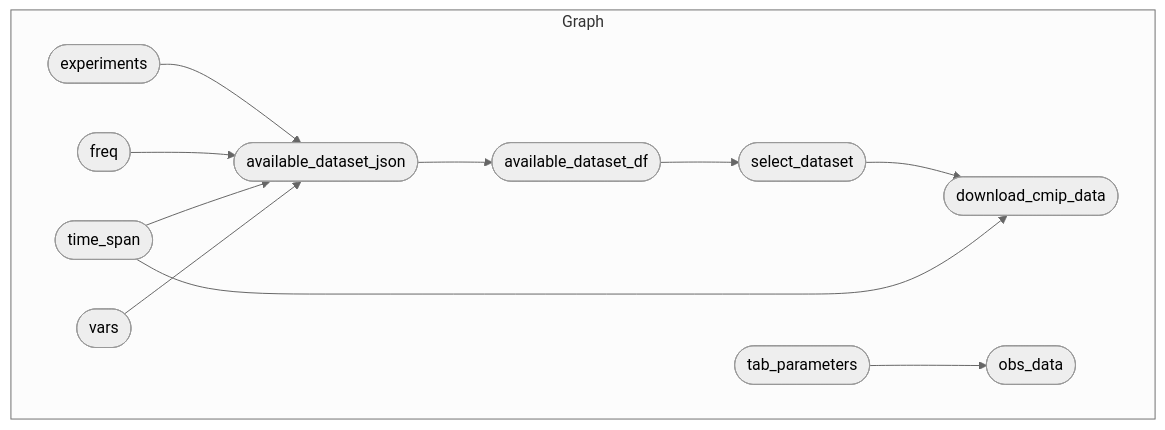
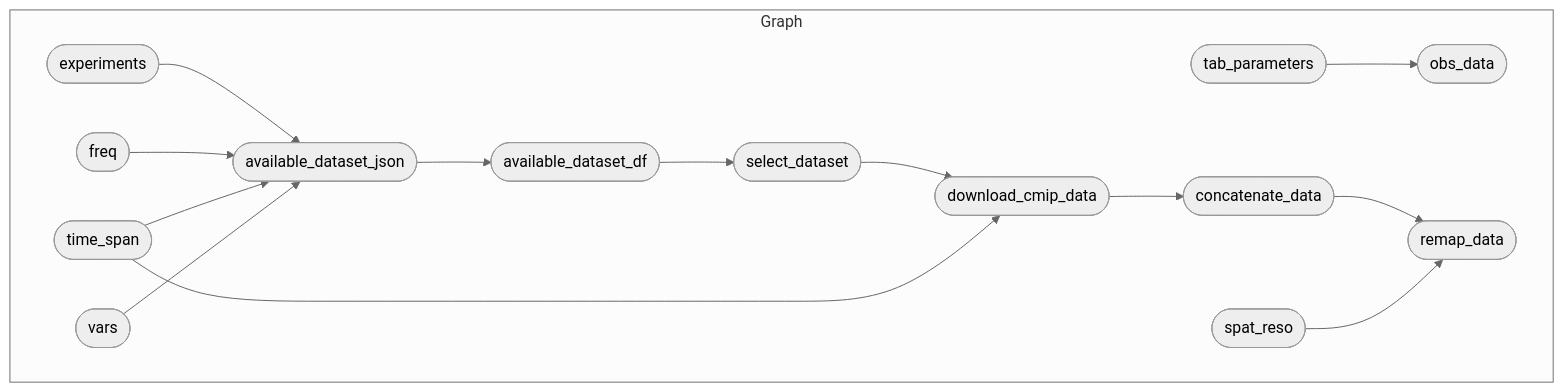
One commit to r-fernandezz/downshape changed the diagram in README.md. Above: the diagram before and after it, drawn with Mermaid (neutral theme). The commit also changed other lines of this file and 11 other files, not shown here.

Commit message:
🚧 PROGRESS: add remap_cmip_data() function

````diff
--- a/README.md
+++ b/README.md
@@ -27,15 +28,18 @@
 ``` mermaid
 graph LR
   subgraph Graph
     direction LR
     x3f5ab24ee8d242b4(["select_dataset"]):::outdated --> xba5d8678b6176d68(["download_cmip_data"]):::outdated
     x2c0118dd07b06ac8(["time_span"]):::outdated --> xba5d8678b6176d68(["download_cmip_data"]):::outdated
     x6fcf9b0e7fc429ff(["available_dataset_json"]):::outdated --> xe895740a9b7896f7(["available_dataset_df"]):::outdated
     xac02e5e58926353b(["experiments"]):::outdated --> x6fcf9b0e7fc429ff(["available_dataset_json"]):::outdated
     x906e78a8df9f52cb(["freq"]):::outdated --> x6fcf9b0e7fc429ff(["available_dataset_json"]):::outdated
     x2c0118dd07b06ac8(["time_span"]):::outdated --> x6fcf9b0e7fc429ff(["available_dataset_json"]):::outdated
     x8f15ec77b8dbd81a(["vars"]):::outdated --> x6fcf9b0e7fc429ff(["available_dataset_json"]):::outdated
     xe895740a9b7896f7(["available_dataset_df"]):::outdated --> x3f5ab24ee8d242b4(["select_dataset"]):::outdated
+    xba5d8678b6176d68(["download_cmip_data"]):::outdated --> x96804873c73726bd(["concatenate_data"]):::outdated
     x4301c707c2ab0cdc(["tab_parameters"]):::outdated --> xd7bca5ba4e5f539d(["obs_data"]):::outdated
+    x96804873c73726bd(["concatenate_data"]):::outdated --> x9543d9ff8a85b869(["remap_data"]):::outdated
+    xe73cbbcc20086ecd(["spat_reso"]):::outdated --> x9543d9ff8a85b869(["remap_data"]):::outdated
   end
 ```
````
